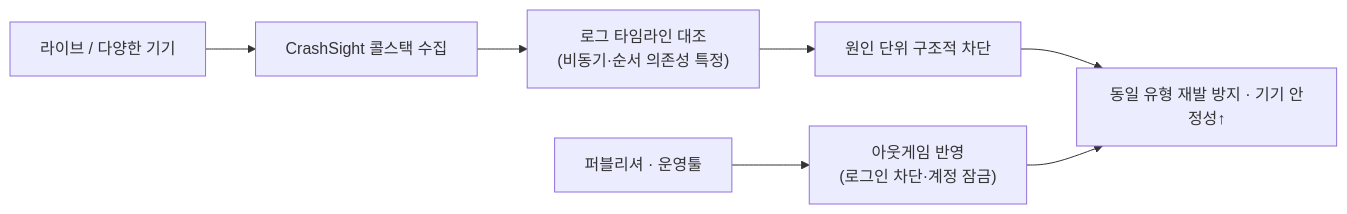
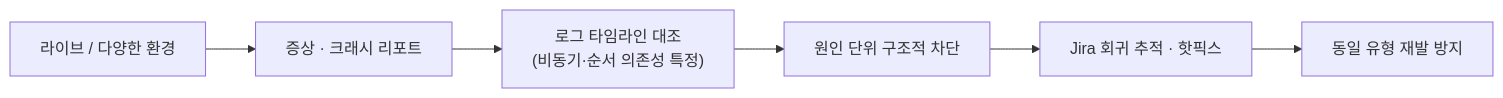
The diagram in content/projects/live-stability.md (LimHyun-ji/LimHyun-ji.github.io), drawn with Mermaid before and after one commit. The commit also changed other lines of this file and 14 other files, not shown here.

```diff
--- a/content/projects/live-stability.md
+++ b/content/projects/live-stability.md
@@ -62,9 +42,8 @@
 <div class="mermaid">
 flowchart LR
-  RUN["라이브 / 다양한 기기"] --> CS["CrashSight 콜스택 수집"]
-  CS --> TRACE["로그 타임라인 대조<br/>(비동기·순서 의존성 특정)"]
+  RUN["라이브 / 다양한 환경"] --> SYMP["증상 · 크래시 리포트"]
+  SYMP --> TRACE["로그 타임라인 대조<br/>(비동기·순서 의존성 특정)"]
   TRACE --> FIX["원인 단위 구조적 차단"]
-  OUT["퍼블리셔 · 운영툴"] --> APP["아웃게임 반영<br/>(로그인 차단·계정 잠금)"]
-  FIX --> STABLE["동일 유형 재발 방지 · 기기 안정성↑"]
-  APP --> STABLE
+  FIX --> JIRA["Jira 회귀 추적 · 핫픽스"]
+  JIRA --> STABLE["동일 유형 재발 방지"]
 </div>
```
